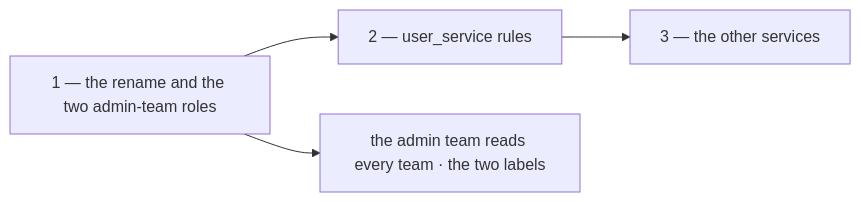
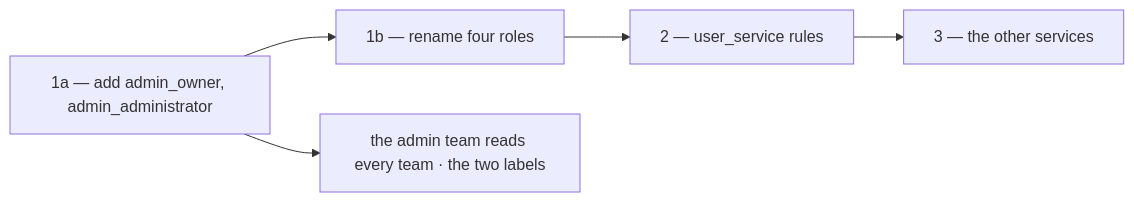
One commit to pdcgo/warehouse_revamp changed the third of 13 diagrams in docs/business/user/context_clarify.md. Above: the diagram before and after it, drawn with Mermaid. The commit also changed other lines of this file and 6 other files, not shown here.

First line of the commit message:
user: Q26 elaborated - the rename is two changes; Q27 a new team's first Owner

````diff
--- a/docs/business/user/context_clarify.md
+++ b/docs/business/user/context_clarify.md
@@ -190,6 +192,7 @@
 ```mermaid
 flowchart LR
-  R["1 — the rename and the two admin-team roles"] --> U["2 — user_service rules"]
+  A["1a — add admin_owner, admin_administrator"] --> R["1b — rename four roles"]
+  R --> U["2 — user_service rules"]
   U --> O["3 — the other services"]
-  R --> A["the admin team reads every team · the two labels"]
+  A --> T["the admin team reads every team · the two labels"]
 ```
````
